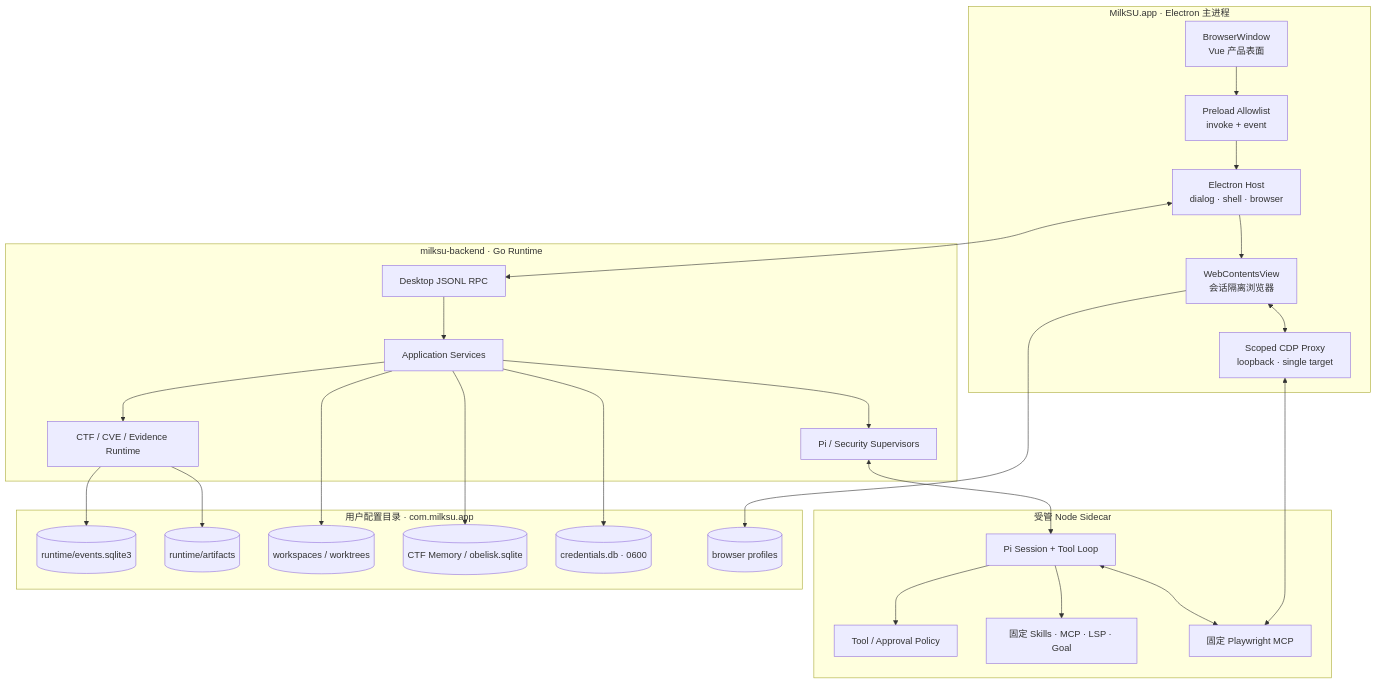
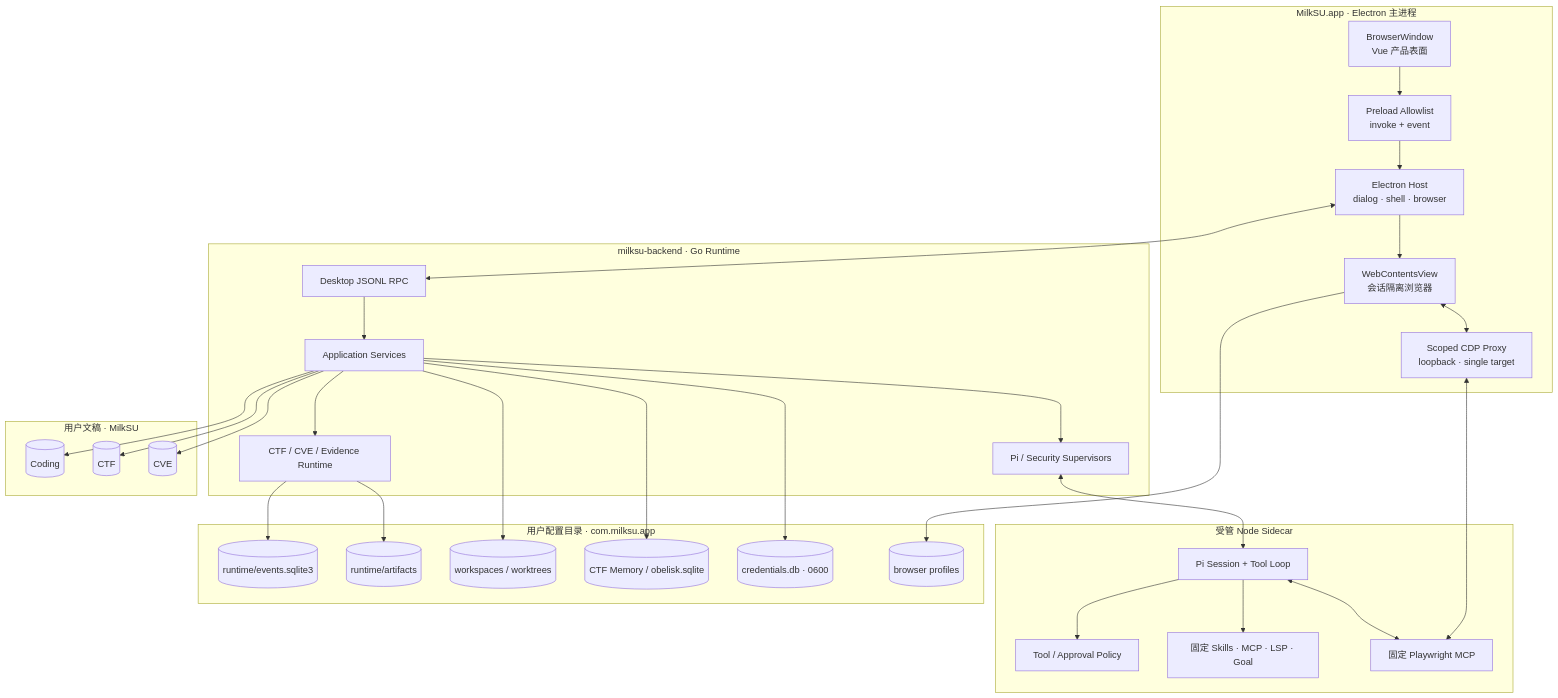
Before and after one commit to MilkSU-Official/milksu: the second of 4 diagrams in docs/architecture/current-system.md, drawn with Mermaid. The commit also changed other lines of this file and 3 other files, not shown here.

````diff
--- a/docs/architecture/current-system.md
+++ b/docs/architecture/current-system.md
@@ -84,48 +86,57 @@
 ```mermaid
 flowchart TB
     subgraph electron["MilkSU.app · Electron 主进程"]
         window["BrowserWindow<br/>Vue 产品表面"]
         preload["Preload Allowlist<br/>invoke + event"]
         host["Electron Host<br/>dialog · shell · browser"]
         browser["WebContentsView<br/>会话隔离浏览器"]
         proxy["Scoped CDP Proxy<br/>loopback · single target"]
     end
 
     subgraph go_process["milksu-backend · Go Runtime"]
         rpc["Desktop JSONL RPC"]
         app["Application Services"]
         runtime["CTF / CVE / Evidence Runtime"]
         supervisors["Pi / Security Supervisors"]
     end
 
     subgraph sidecar["受管 Node Sidecar"]
         pi["Pi Session + Tool Loop"]
         policy["Tool / Approval Policy"]
         resources["固定 Skills · MCP · LSP · Goal"]
         playwright["固定 Playwright MCP"]
     end
 
     subgraph data["用户配置目录 · com.milksu.app"]
         events[("runtime/events.sqlite3")]
         artifacts[("runtime/artifacts")]
         workspaces[("workspaces / worktrees")]
         memories[("CTF Memory / obelisk.sqlite")]
         credentials[("credentials.db · 0600")]
         profiles[("browser profiles")]
     end
 
+    subgraph documents["用户文稿 · MilkSU"]
+        coding_files[("Coding")]
+        ctf_files[("CTF")]
+        cve_files[("CVE")]
+    end
+
     window --> preload --> host
     host <--> rpc --> app
     app --> runtime
     app --> supervisors <--> pi
     pi --> policy
     pi --> resources
     pi <--> playwright
     host --> browser --> profiles
     browser <--> proxy <--> playwright
     runtime --> events
     runtime --> artifacts
     app --> workspaces
     app --> memories
     app --> credentials
+    app --> coding_files
+    app --> ctf_files
+    app --> cve_files
 ```
````
